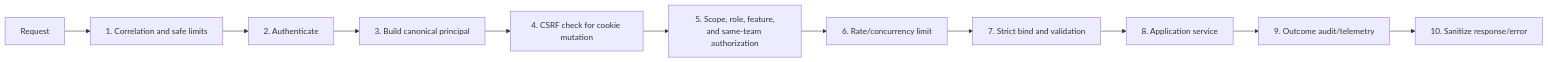
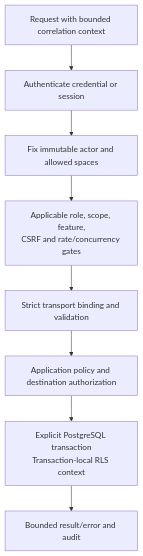
The first of 4 diagrams in Request-Lifecycle-And-Security.md (markhuangai/dense-mem), drawn with Mermaid before and after one commit. The commit also changed other lines of this file and 34 other files, not shown here.

````diff
--- a/Request-Lifecycle-And-Security.md
+++ b/Request-Lifecycle-And-Security.md
@@ -45,14 +19,11 @@
 ```mermaid
 %%{init: {"flowchart": {"curve": "linear"}}}%%
-flowchart LR
-  Request["Request"] --> Correlation["1. Correlation and safe limits"]
-  Correlation --> Auth["2. Authenticate"]
-  Auth --> Principal["3. Build canonical principal"]
-  Principal --> CSRF["4. CSRF check for cookie mutation"]
-  CSRF --> Authorize["5. Scope, role, feature,<br/>and same-team authorization"]
-  Authorize --> Rate["6. Rate/concurrency limit"]
-  Rate --> Bind["7. Strict bind and validation"]
-  Bind --> Service["8. Application service"]
-  Service --> Audit["9. Outcome audit/telemetry"]
-  Audit --> Response["10. Sanitize response/error"]
+flowchart TB
+  Request["Request with bounded correlation context"] --> Authentication["Authenticate credential or session"]
+  Authentication --> Actor["Fix immutable actor and allowed spaces"]
+  Actor --> Gates["Applicable role, scope, feature,<br/>CSRF and rate/concurrency gates"]
+  Gates --> Bind["Strict transport binding and validation"]
+  Bind --> App["Application policy and destination authorization"]
+  App --> DB["Explicit PostgreSQL transaction<br/>Transaction-local RLS context"]
+  DB --> Response["Bounded result/error and audit"]
 ```
````
